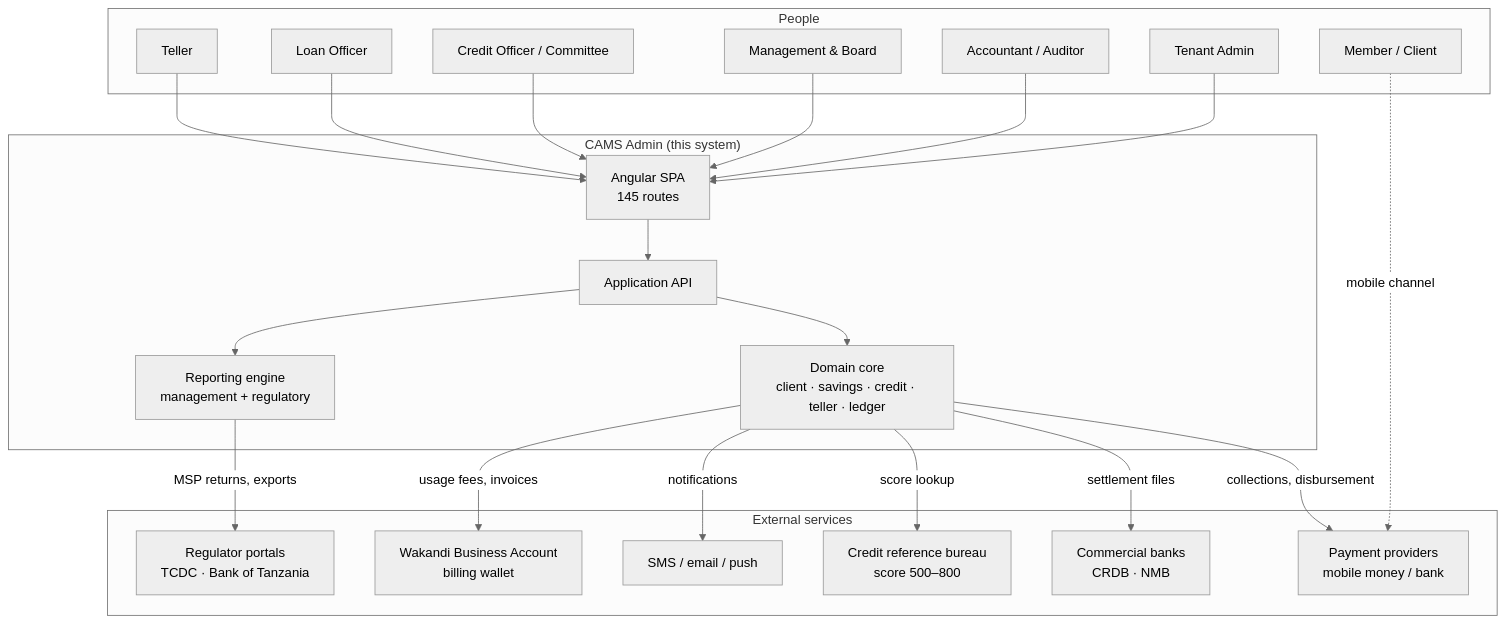
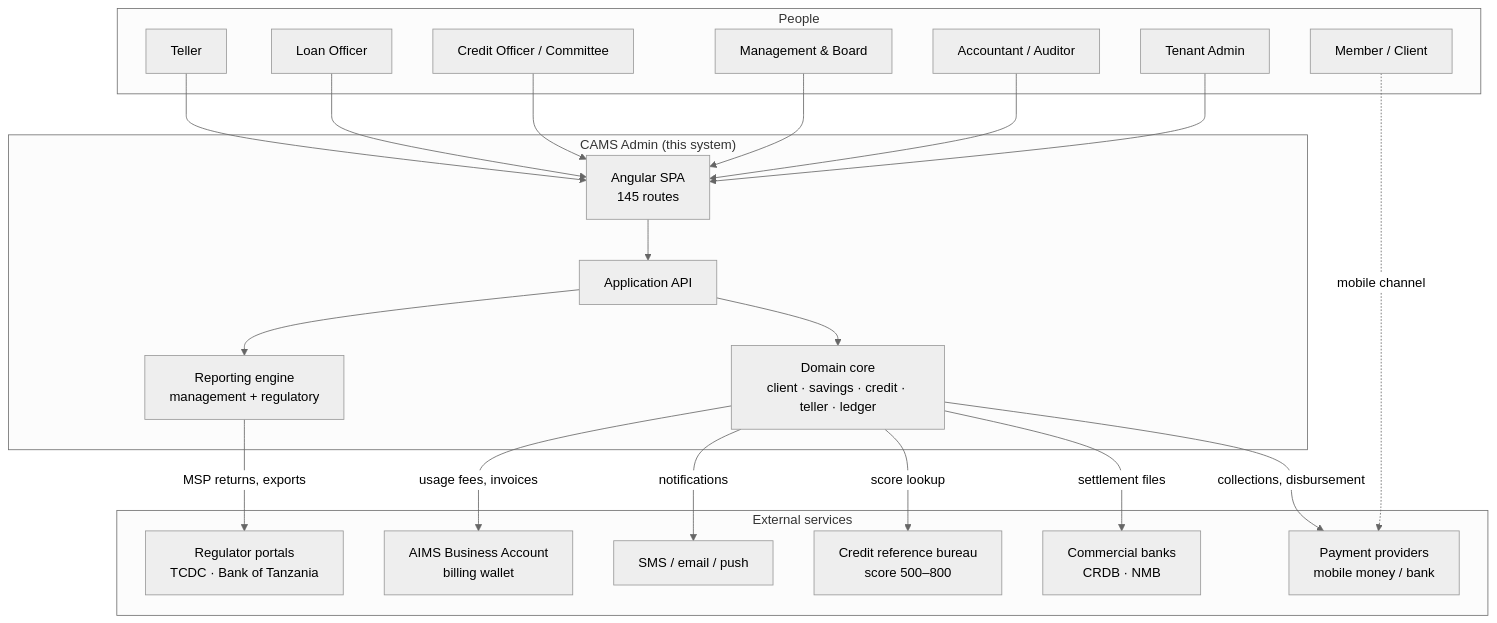
The diagram in docs/01-system-overview.md (atilioobadia-cpu/aimscams), drawn with Mermaid (neutral theme) before and after one commit. The commit also changed other lines of this file and 8 other files, not shown here.

````diff
--- a/docs/01-system-overview.md
+++ b/docs/01-system-overview.md
@@ -152,47 +154,47 @@
 ```mermaid
 flowchart TB
     subgraph Actors["People"]
         TEL["Teller"]
         LO["Loan Officer"]
         CO["Credit Officer / Committee"]
         MGT["Management & Board"]
         ACC["Accountant / Auditor"]
         ADM["Tenant Admin"]
         MEM["Member / Client"]
     end
 
     subgraph CAMS["CAMS Admin (this system)"]
         UI["Angular SPA<br/>145 routes"]
         API["Application API"]
         CORE["Domain core<br/>client · savings · credit · teller · ledger"]
         RPT["Reporting engine<br/>management + regulatory"]
     end
 
     subgraph External["External services"]
         PSP["Payment providers<br/>mobile money / bank"]
         BANK["Commercial banks<br/>CRDB · NMB"]
         CRB["Credit reference bureau<br/>score 500–800"]
         SMS["SMS / email / push"]
         REG["Regulator portals<br/>TCDC · Bank of Tanzania"]
-        WBA["Wakandi Business Account<br/>billing wallet"]
+        WBA["AIMS Business Account<br/>billing wallet"]
     end
 
     TEL --> UI
     LO --> UI
     CO --> UI
     MGT --> UI
     ACC --> UI
     ADM --> UI
     MEM -.->|"mobile channel"| PSP
 
     UI --> API
     API --> CORE
     API --> RPT
 
     CORE -->|"collections, disbursement"| PSP
     CORE -->|"settlement files"| BANK
     CORE -->|"score lookup"| CRB
     CORE -->|"notifications"| SMS
     RPT -->|"MSP returns, exports"| REG
     CORE -->|"usage fees, invoices"| WBA
 ```
````
